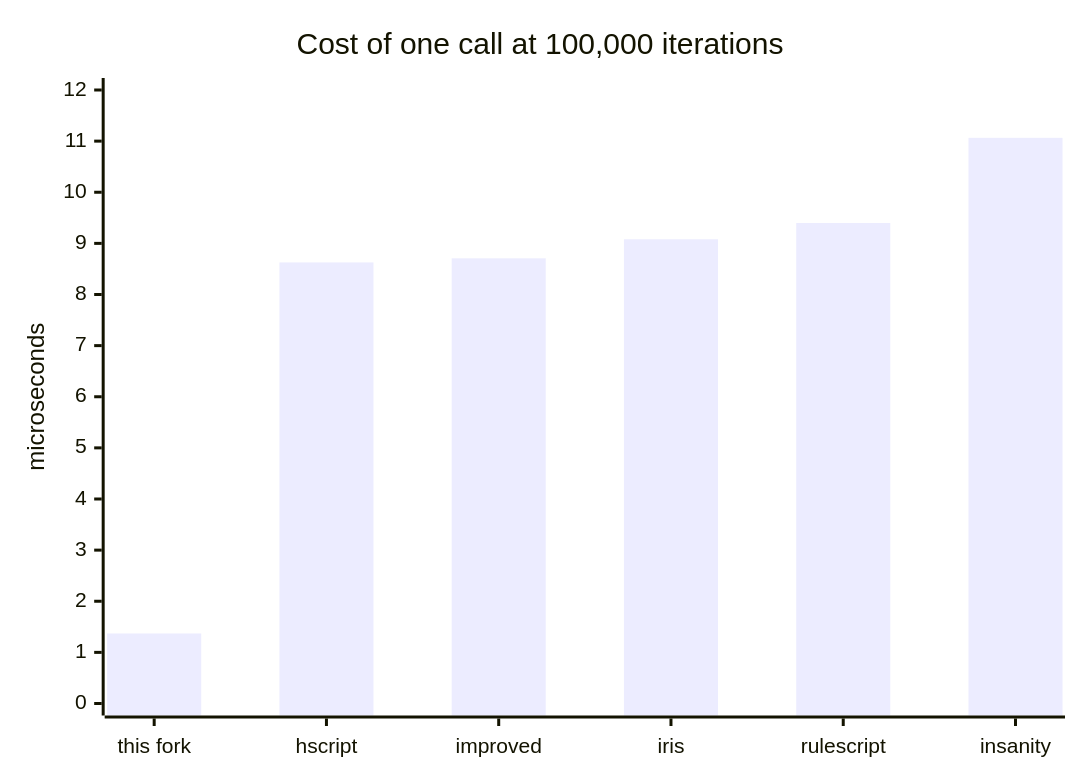
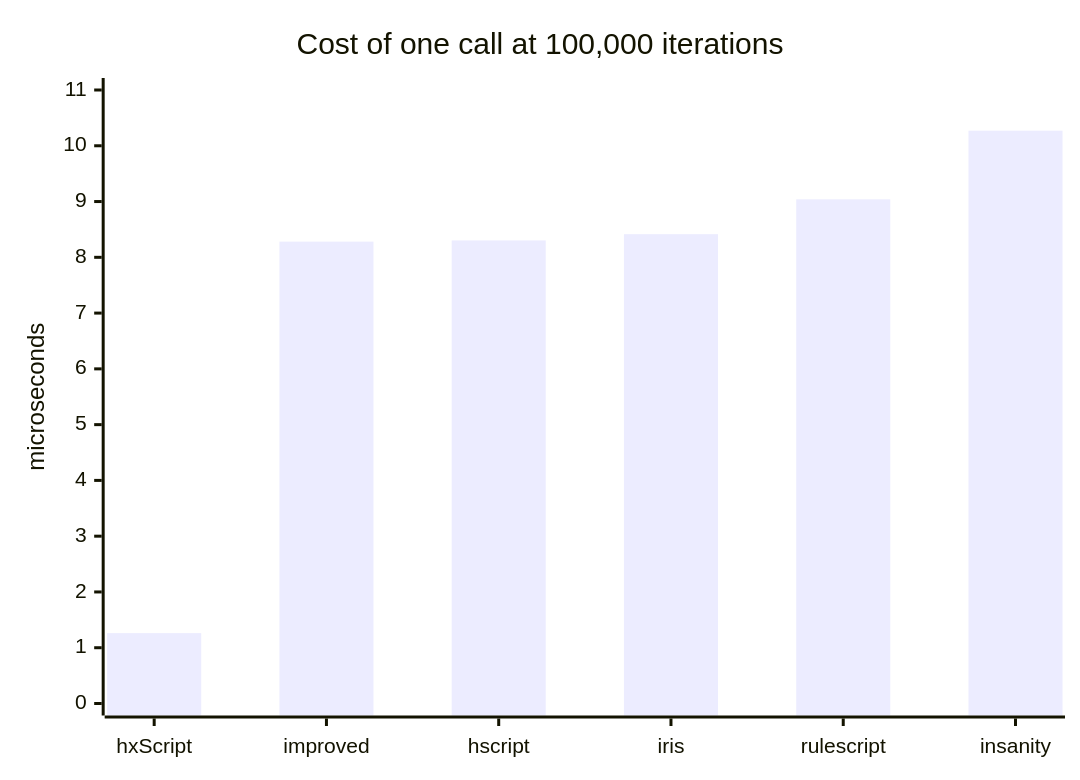
Before and after one commit to MeguminBOT/hscript-insanity: the second of 2 diagrams in docs/benchmarks.md, drawn with Mermaid. The commit also changed other lines of this file and 6 other files, not shown here.

````diff
--- a/docs/benchmarks.md
+++ b/docs/benchmarks.md
@@ -201,7 +200,7 @@
 ```mermaid
 xychart-beta
     title "Cost of one call at 100,000 iterations"
-    x-axis ["this fork", "hscript", "improved", "iris", "rulescript", "insanity"]
-    y-axis "microseconds" 0 --> 12
-    bar [1.370, 8.627, 8.708, 9.080, 9.398, 11.064]
+    x-axis ["hxScript", "improved", "hscript", "iris", "rulescript", "insanity"]
+    y-axis "microseconds" 0 --> 11
+    bar [1.262, 8.281, 8.303, 8.415, 9.040, 10.271]
 ```
````
